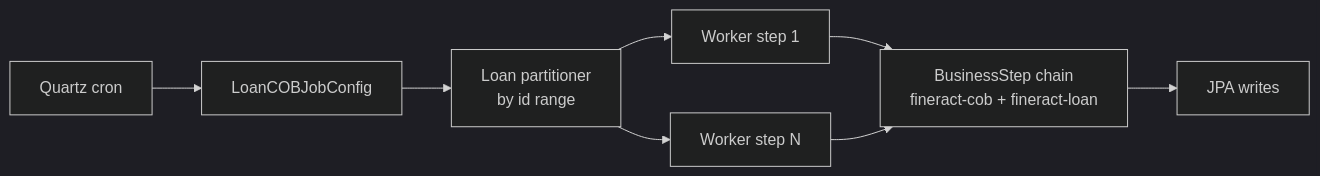
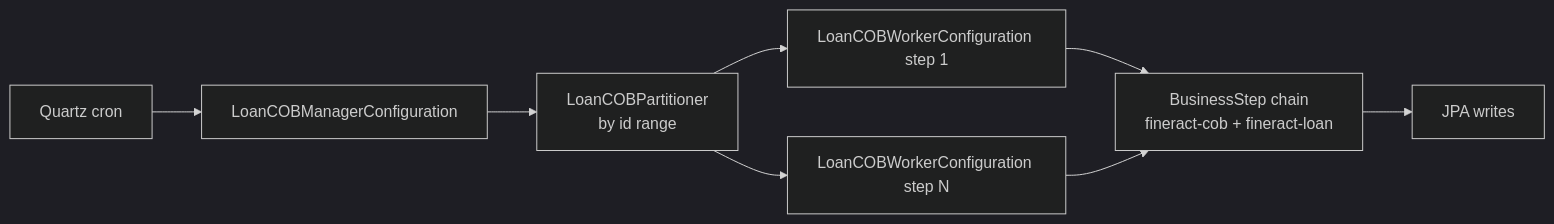
Before and after one commit to mintlify-atlas/docs-wiki-31b07890: the fifth of 7 diagrams in overview/architecture.mdx, drawn with Mermaid (dark theme). The commit also changed other lines of this file and 115 other files, not shown here.

````diff
--- a/overview/architecture.mdx
+++ b/overview/architecture.mdx
@@ -319,10 +352,10 @@
 ```mermaid
 flowchart LR
-    Cron[Quartz cron] --> COBJob[LoanCOBJobConfig]
-    COBJob --> Partitioner[Loan partitioner<br/>by id range]
-    Partitioner --> Worker1[Worker step 1]
-    Partitioner --> Worker2[Worker step N]
+    Cron[Quartz cron] --> Mgr[LoanCOBManagerConfiguration]
+    Mgr --> Partitioner[LoanCOBPartitioner<br/>by id range]
+    Partitioner --> Worker1[LoanCOBWorkerConfiguration step 1]
+    Partitioner --> Worker2[LoanCOBWorkerConfiguration step N]
     Worker1 --> Steps[BusinessStep chain<br/>fineract-cob + fineract-loan]
     Worker2 --> Steps
     Steps --> JPA[JPA writes]
 ```
````
